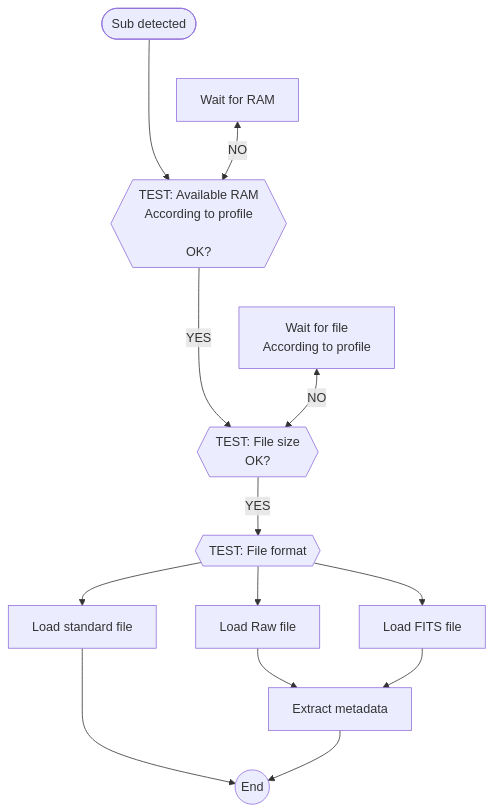
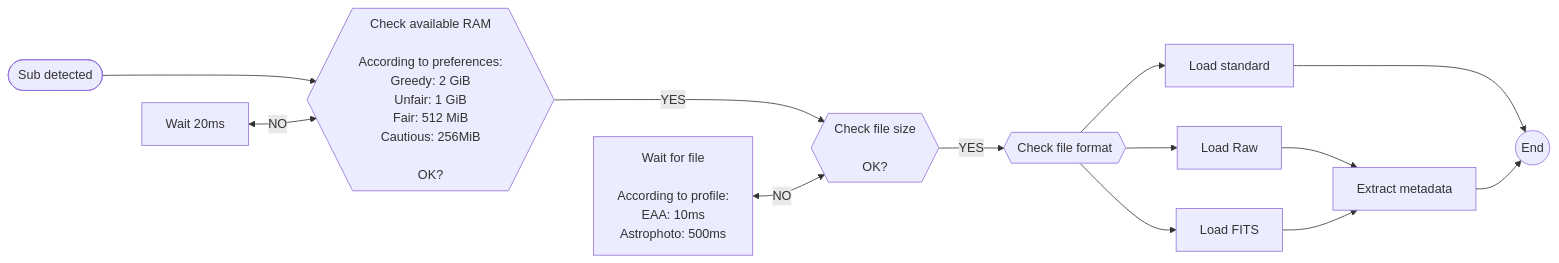
The diagram in content/en/docs/v0.7/modules/scanner.md (deufrai/als), drawn with Mermaid before and after one commit. The commit also changed other lines of this file and 3 other files, not shown here.

````diff
--- a/content/en/docs/v0.7/modules/scanner.md
+++ b/content/en/docs/v0.7/modules/scanner.md
@@ -118,33 +112,38 @@
 ```mermaid
-flowchart TB
+flowchart LR
     START([Sub detected])
-    WAIT_RAM[Wait for RAM]
-    CHECK_RAM{{TEST: Available RAM<br>According to profile<br><br>OK?}}
-    CHECK_SIZE{{TEST: File size<br>OK?}}
-    WAIT_FILE[Wait for file<br>According to profile]
-    TEST_FORMAT{{TEST: File format}}
-    FITS[Load FITS file]
-    STANDARD[Load standard file]
-    RAW[Load Raw file]
+    
+    WAIT_FILE[Wait for file<br><br>According to profile:<br>EAA: 10ms<br>Astrophoto: 500ms]    
+    WAIT_RAM[Wait 20ms]
+    
+    CHECK_RAM{{Check available RAM<br><br>According to preferences:<br>Greedy: 2 GiB<br>Unfair: 1 GiB<br>Fair: 512 MiB<br>Cautious: 256MiB<br><br>OK?}}
+    CHECK_SIZE{{Check file size<br><br>OK?}}
+    TEST_FORMAT{{Check file format}}
+    
+    FITS[Load FITS]
+    STANDARD[Load standard]
+    RAW[Load Raw]
+    
     METADATA[Extract metadata]
+    
     END((End))
     
     START ---> CHECK_RAM   
     WAIT_RAM <-->|NO| CHECK_RAM
  
     
     CHECK_RAM --->|YES| CHECK_SIZE
     WAIT_FILE <-->|NO| CHECK_SIZE   
     CHECK_SIZE -->|YES| TEST_FORMAT
 
     TEST_FORMAT -->  FITS
     TEST_FORMAT -->  STANDARD
     TEST_FORMAT -->  RAW
     
 
     RAW --> METADATA
     FITS --> METADATA
     
     STANDARD ---> END
     METADATA --> END
 ```
````
